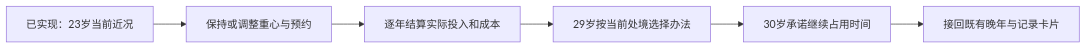
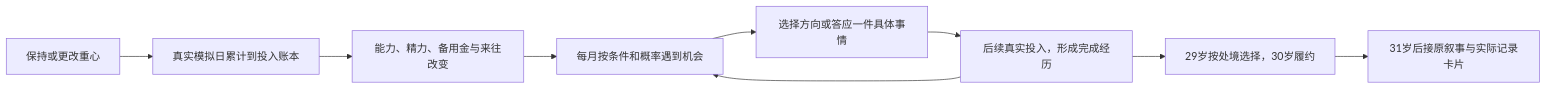
Before and after one commit to yuki-uix/life-sim-product-study: the diagram in docs/china-life-mvp.md, drawn with Mermaid. The commit also changed other lines of this file and 14 other files, not shown here.

````diff
--- a/docs/china-life-mvp.md
+++ b/docs/china-life-mvp.md
@@ -15,8 +15,11 @@
 ```mermaid
 flowchart LR
-    A[已实现：23岁当前近况] --> B[保持或调整重心与预约]
-    B --> C[逐年结算实际投入和成本]
-    C --> D[29岁按当前处境选择办法]
-    D --> E[30岁承诺继续占用时间]
-    E --> F[接回既有晚年与记录卡片]
+    A[保持或更改重心] --> B[真实模拟日累计到投入账本]
+    B --> C[能力、精力、备用金与来往改变]
+    C --> D[每月按条件和概率遇到机会]
+    D --> E[选择方向或答应一件具体事情]
+    E --> F[后续真实投入，形成完成经历]
+    F --> D
+    F --> G[29岁按处境选择，30岁履约]
+    G --> H[31岁后接原叙事与实际记录卡片]
 ```
````
